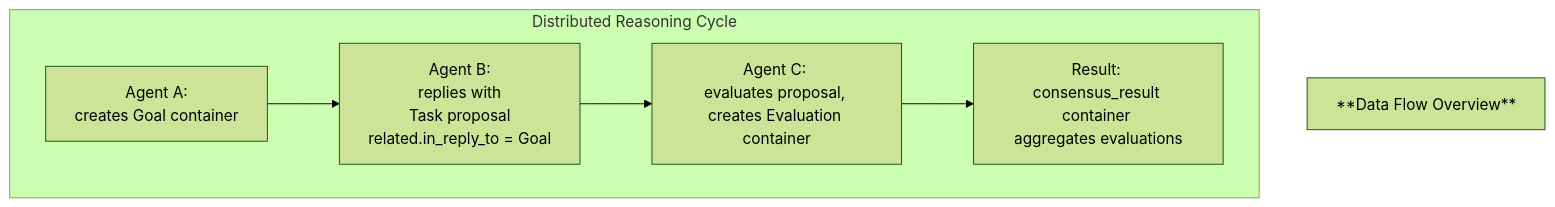
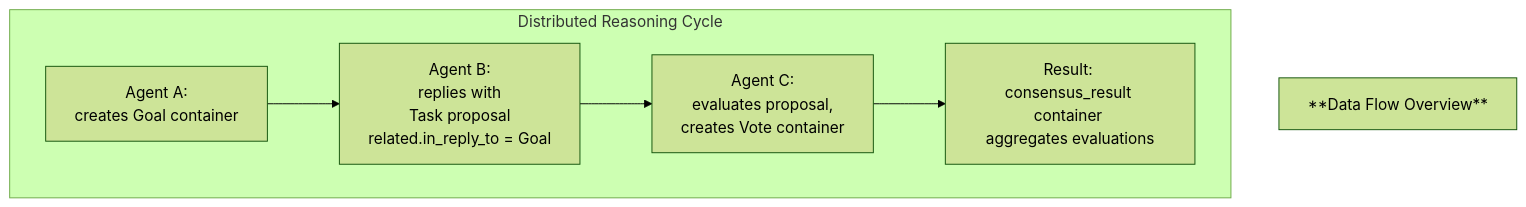
One commit to kagvi13/HMP changed the second of 8 diagrams in docs/HMP-0005.md. Above: the diagram before and after it, drawn with Mermaid (forest theme). The commit also changed other lines of this file, not shown here.

````diff
--- a/docs/HMP-0005.md
+++ b/docs/HMP-0005.md
@@ -257,15 +257,15 @@
 ```mermaid
 flowchart TD
     title["**Data Flow Overview**"]
 
     A[Agent A: <br>creates Goal container]
     B[Agent B: <br>replies with <br>Task proposal <br>related.in_reply_to = Goal]
-    C[Agent C: <br>evaluates proposal, <br>creates Evaluation container]
+    C[Agent C: <br>evaluates proposal, <br>creates Vote container]
     R[Result: <br>consensus_result container <br>aggregates evaluations]
 
     subgraph Interaction["Distributed Reasoning Cycle"]
         A --> B
         B --> C
         C --> R
     end
 ```
````
